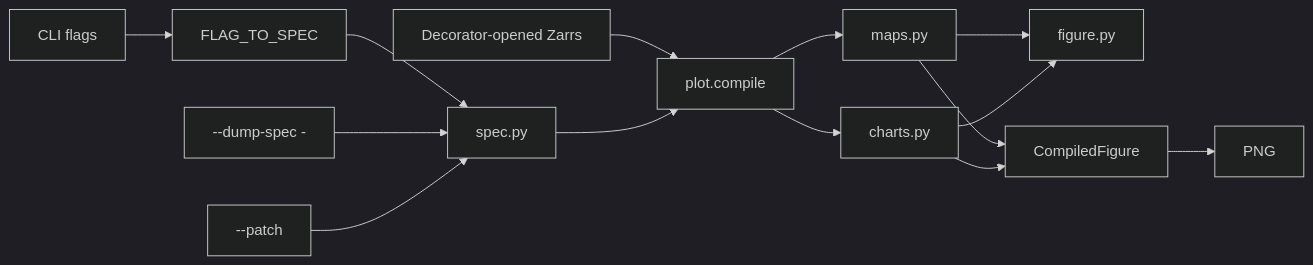
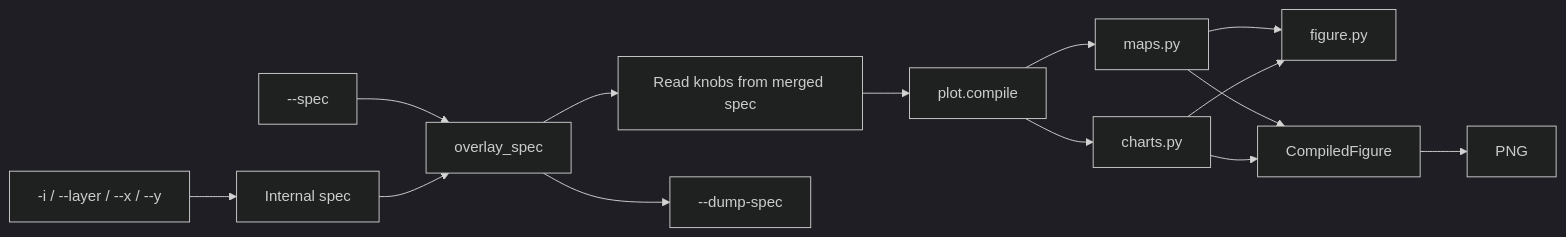
One commit to rhiza-research/weather-skills changed the diagram in docs/plotting.md. Above: the diagram before and after it, drawn with Mermaid (dark theme). The commit also changed other lines of this file and 30 other files, not shown here.

First line of the commit message:
Take plot parameters only from --spec and drop the compare figure skills.

````diff
--- a/docs/plotting.md
+++ b/docs/plotting.md
@@ -9,16 +9,16 @@
 ```mermaid
 flowchart LR
-  CLI[CLI flags] --> Flags[FLAG_TO_SPEC]
-  Flags --> Spec[spec.py]
-  Dump["--dump-spec -"] --> Spec
-  Patch["--patch"] --> Spec
-  Zarrs["Decorator-opened Zarrs"] --> Compile
-  Spec --> Compile["plot.compile"]
+  Files["-i / --layer / --x / --y"] --> Internal[Internal spec]
+  SpecFlag["--spec"] --> Merge[overlay_spec]
+  Internal --> Merge
+  Merge --> Read[Read knobs from merged spec]
+  Read --> Compile["plot.compile"]
+  Merge --> Dump["--dump-spec"]
   Compile --> Maps[maps.py]
   Compile --> Charts[charts.py]
   Maps --> Figure[figure.py]
   Charts --> Figure
   Maps --> Out[CompiledFigure]
   Charts --> Out
   Out --> Export["PNG"]
 ```
````
